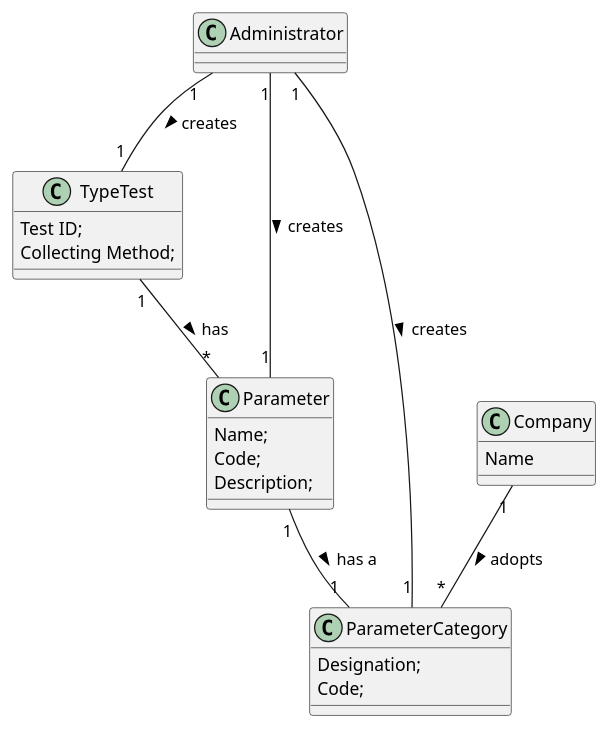
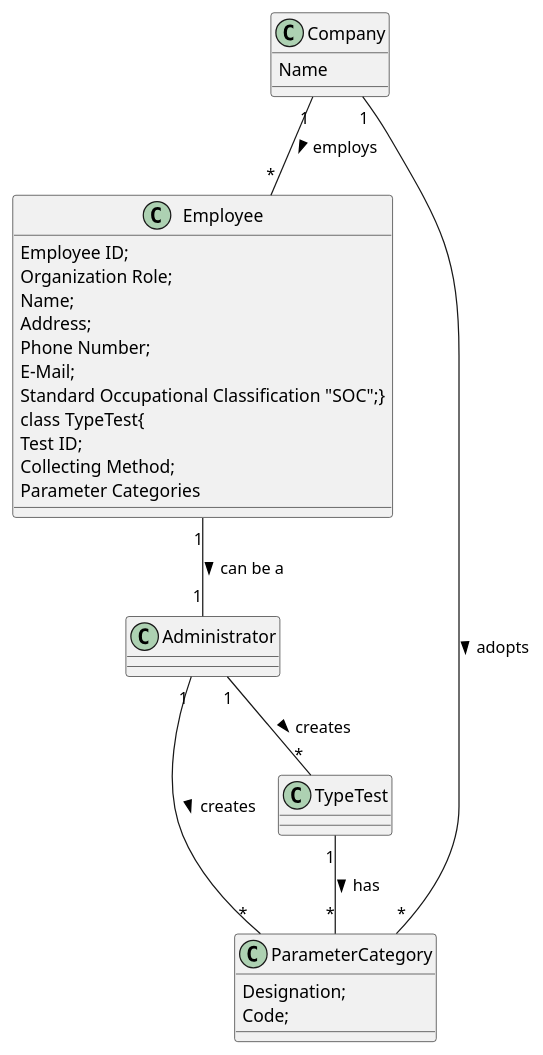
The diagram in docs/SprintB/US09/US9_MD.puml (MarianaCLages/LAPR2), drawn with PlantUML before and after one commit. The commit also changed 4 other files, not shown here.

```diff
--- a/docs/SprintB/US09/US9_MD.puml
+++ b/docs/SprintB/US09/US9_MD.puml
@@ -1,32 +1,36 @@
 @startuml
 
 class Administrator{
 }
+class Employee {
+Employee ID;
+Organization Role;
+Name;
+Address;
+Phone Number;
+E-Mail;
+Standard Occupational Classification "SOC";}
 class TypeTest{
 Test ID;
 Collecting Method;
+Parameter Categories
 }
-class Parameter{
-Name;
-Code;
-Description;
-}
+
 class ParameterCategory{
 Designation;
 Code;
 
 }
 class Company{
 Name
 }
-
+Employee "1" -- "1"Administrator: can be a >
+Company "1" -- "*" Employee: employs >
 Company "1" -- "*" ParameterCategory : adopts >
-Parameter "1" -- "1" ParameterCategory : has a >
-Administrator "1" -- "1" ParameterCategory : creates >
-Administrator "1" -- "1" Parameter : creates >
-Administrator "1" -- "1" TypeTest: creates >
-TypeTest "1" -- "*" Parameter : has >
+Administrator "1" -- "*" ParameterCategory : creates >
+Administrator "1" -- "*" TypeTest: creates >
+TypeTest "1" -- "*" ParameterCategory: has >
 
 
 
 @enduml
```
